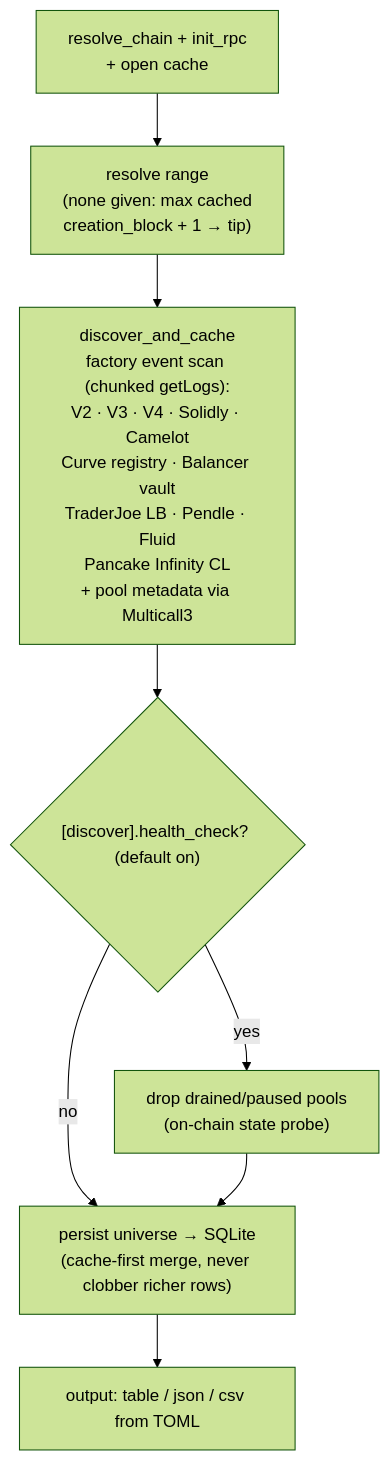
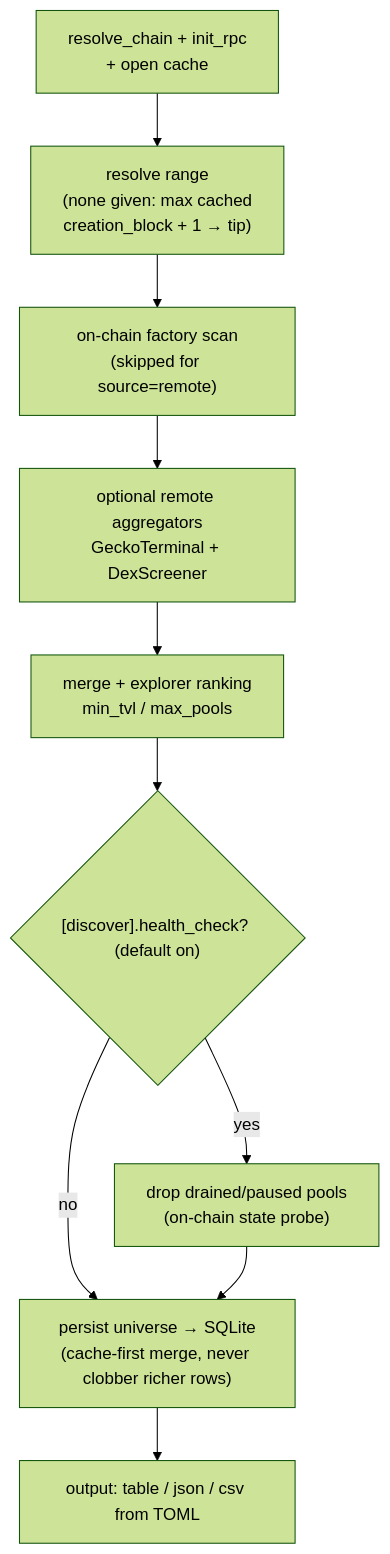
One commit to moha-moradi/mev-scout changed the sixth of 11 diagrams in docs/ARCHITECTURE.md. Above: the diagram before and after it, drawn with Mermaid (forest theme). The commit also changed other lines of this file and 13 other files, not shown here.

First line of the commit message:
refactor(discover, docs): enhance pool discovery configuration and documentation

````diff
--- a/docs/ARCHITECTURE.md
+++ b/docs/ARCHITECTURE.md
@@ -374,10 +382,12 @@
 ```mermaid
 flowchart TB
     A["resolve_chain + init_rpc<br/>+ open cache"] --> C["resolve range<br/>(none given: max cached<br/>creation_block + 1 → tip)"]
-    C --> F["discover_and_cache<br/>factory event scan (chunked getLogs):<br/>V2 · V3 · V4 · Solidly · Camelot<br/>Curve registry · Balancer vault<br/>TraderJoe LB · Pendle · Fluid<br/>Pancake Infinity CL<br/>+ pool metadata via Multicall3"]
-    F --> Q{"[discover].health_check? (default on)"}
+    C --> F["on-chain factory scan<br/>(skipped for source=remote)"]
+    F --> R["optional remote aggregators<br/>GeckoTerminal + DexScreener"]
+    R --> K["merge + explorer ranking<br/>min_tvl / max_pools"]
+    K --> Q{"[discover].health_check? (default on)"}
     Q -- yes --> P["drop drained/paused pools<br/>(on-chain state probe)"]
     Q -- no --> T
     P --> T["persist universe → SQLite<br/>(cache-first merge, never clobber richer rows)"]
     T --> U["output: table / json / csv from TOML"]
 ```
````
